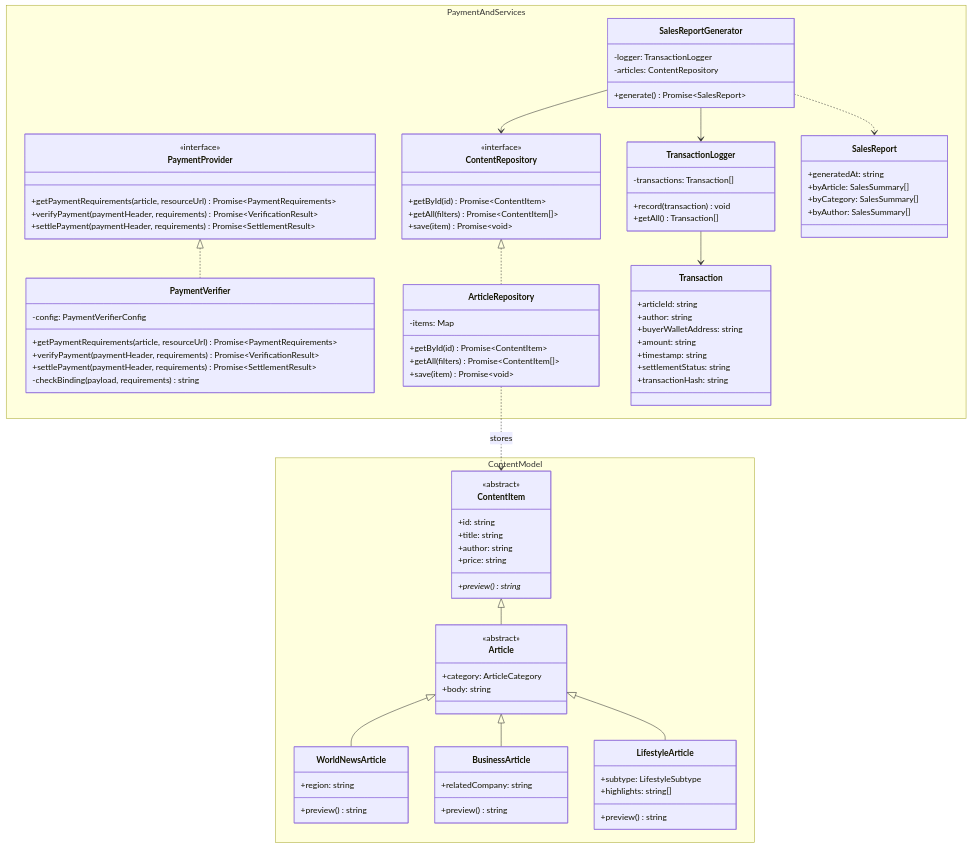
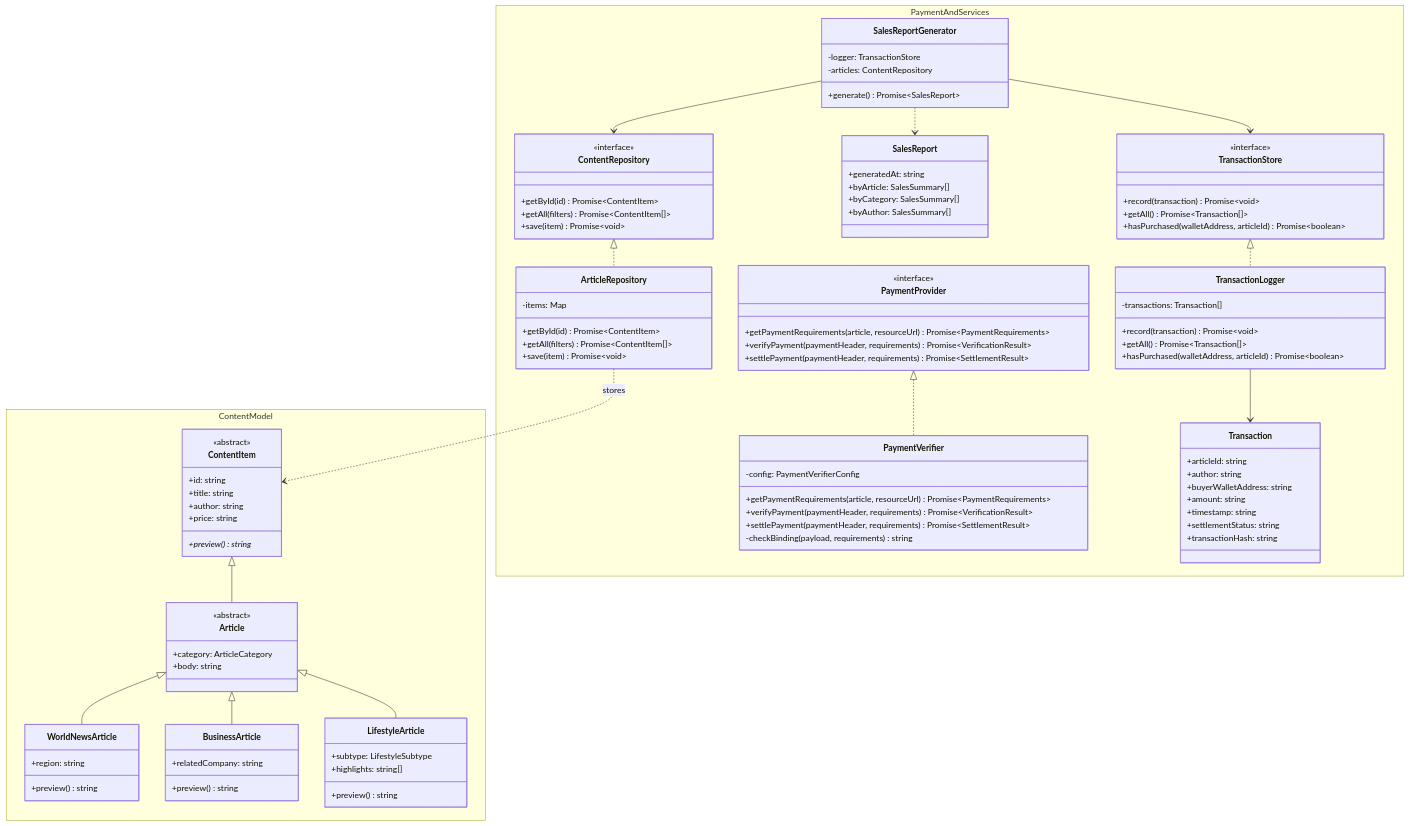
One commit to KaylaDefi/pay-per-article-gateway changed the diagram in docs/class-diagram.mmd. Above: the diagram before and after it, drawn with Mermaid. The commit also changed 1 other file, not shown here.

Commit message:
updated diagram docs

```diff
--- a/docs/class-diagram.mmd
+++ b/docs/class-diagram.mmd
@@ -1,96 +1,104 @@
 classDiagram
     namespace ContentModel {
         class ContentItem {
             <<abstract>>
             +id: string
             +title: string
             +author: string
             +price: string
             +preview()* string
         }
         class Article {
             <<abstract>>
             +category: ArticleCategory
             +body: string
         }
         class WorldNewsArticle {
             +region: string
             +preview() string
         }
         class BusinessArticle {
             +relatedCompany: string
             +preview() string
         }
         class LifestyleArticle {
             +subtype: LifestyleSubtype
             +highlights: string[]
             +preview() string
         }
     }
 
     namespace PaymentAndServices {
         class PaymentProvider {
             <<interface>>
             +getPaymentRequirements(article, resourceUrl) Promise~PaymentRequirements~
             +verifyPayment(paymentHeader, requirements) Promise~VerificationResult~
             +settlePayment(paymentHeader, requirements) Promise~SettlementResult~
         }
         class ContentRepository {
             <<interface>>
             +getById(id) Promise~ContentItem~
             +getAll(filters) Promise~ContentItem[]~
             +save(item) Promise~void~
         }
         class PaymentVerifier {
             -config: PaymentVerifierConfig
             +getPaymentRequirements(article, resourceUrl) Promise~PaymentRequirements~
             +verifyPayment(paymentHeader, requirements) Promise~VerificationResult~
             +settlePayment(paymentHeader, requirements) Promise~SettlementResult~
             -checkBinding(payload, requirements) string
         }
         class ArticleRepository {
             -items: Map
             +getById(id) Promise~ContentItem~
             +getAll(filters) Promise~ContentItem[]~
             +save(item) Promise~void~
         }
         class TransactionLogger {
             -transactions: Transaction[]
-            +record(transaction) void
-            +getAll() Transaction[]
+            +record(transaction) Promise~void~
+            +getAll() Promise~Transaction[]~
+            +hasPurchased(walletAddress, articleId) Promise~boolean~
         }
         class SalesReportGenerator {
-            -logger: TransactionLogger
+            -logger: TransactionStore
             -articles: ContentRepository
             +generate() Promise~SalesReport~
         }
         class Transaction {
             +articleId: string
             +author: string
             +buyerWalletAddress: string
             +amount: string
             +timestamp: string
             +settlementStatus: string
             +transactionHash: string
         }
         class SalesReport {
             +generatedAt: string
             +byArticle: SalesSummary[]
             +byCategory: SalesSummary[]
             +byAuthor: SalesSummary[]
         }
+        class TransactionStore {
+            <<interface>>
+            +record(transaction) Promise~void~
+            +getAll() Promise~Transaction[]~
+            +hasPurchased(walletAddress, articleId) Promise~boolean~
+        }
     }
 
     ContentItem <|-- Article
     Article <|-- WorldNewsArticle
     Article <|-- BusinessArticle
     Article <|-- LifestyleArticle
 
     PaymentProvider <|.. PaymentVerifier
     ContentRepository <|.. ArticleRepository
 
     ArticleRepository ..> ContentItem : stores
-    SalesReportGenerator --> TransactionLogger
+    TransactionStore <|.. TransactionLogger
+    SalesReportGenerator --> TransactionStore
     SalesReportGenerator --> ContentRepository
     SalesReportGenerator ..> SalesReport
     TransactionLogger --> Transaction
```
